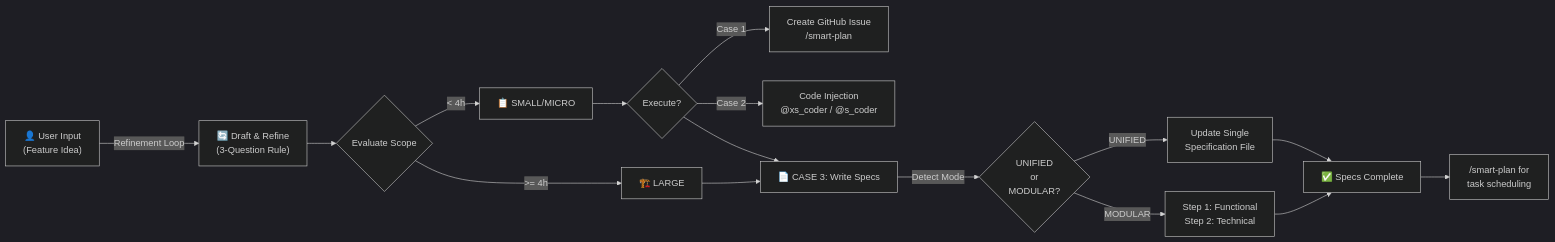
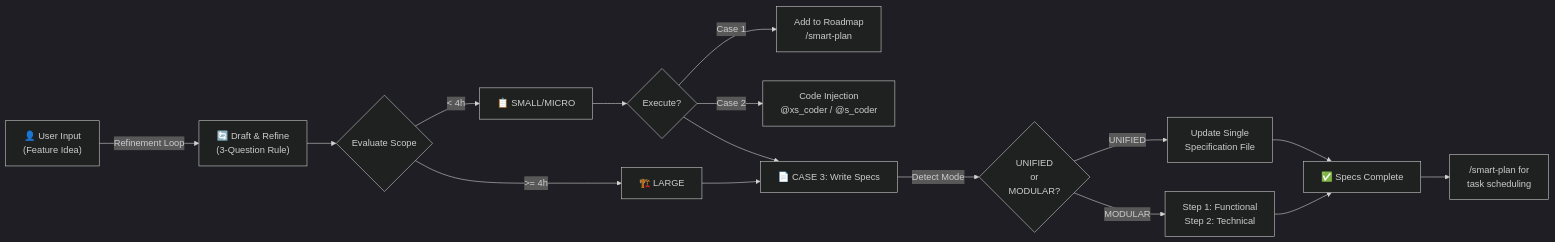
Before and after one commit to fletort/smart-ai-factory: the diagram in docs/pipelines/smart_spec.md, drawn with Mermaid (dark theme). The commit also changed other lines of this file and 6 other files, not shown here.

Commit message:
doc: add smart_plan specification (#16)

````diff
--- a/docs/pipelines/smart_spec.md
+++ b/docs/pipelines/smart_spec.md
@@ -13,25 +13,25 @@
 ```mermaid
 graph LR
     User["👤 User Input<br/>(Feature Idea)"]
 
     User -->|Refinement Loop| Refine["🔄 Draft & Refine<br/>(3-Question Rule)"]
 
     Refine --> Evaluate{Evaluate Scope}
 
     Evaluate -->|< 4h| Micro["📋 SMALL/MICRO"]
     Evaluate -->|>= 4h| Large["🏗️ LARGE"]
 
     Micro --> Choice{"Execute?"}
-    Choice -->|Case 1| Issue["Create GitHub Issue<br/>/smart-plan"]
+    Choice -->|Case 1| Issue["Add to Roadmap<br/>/smart-plan"]
     Choice -->|Case 2| Code["Code Injection<br/>@xs_coder / @s_coder"]
 
     Large --> Case3["📄 CASE 3: Write Specs"]
     Choice --> Case3
     Case3 -->|Detect Mode| Mode{UNIFIED<br/>or<br/>MODULAR?}
     Mode -->|UNIFIED| UWrite["Update Single<br/>Specification File"]
     Mode -->|MODULAR| MWrite["Step 1: Functional<br/>Step 2: Technical"]
 
     UWrite --> Done["✅ Specs Complete"]
     MWrite --> Done
     Done --> Plan["/smart-plan for<br/>task scheduling"]
 ```
````
